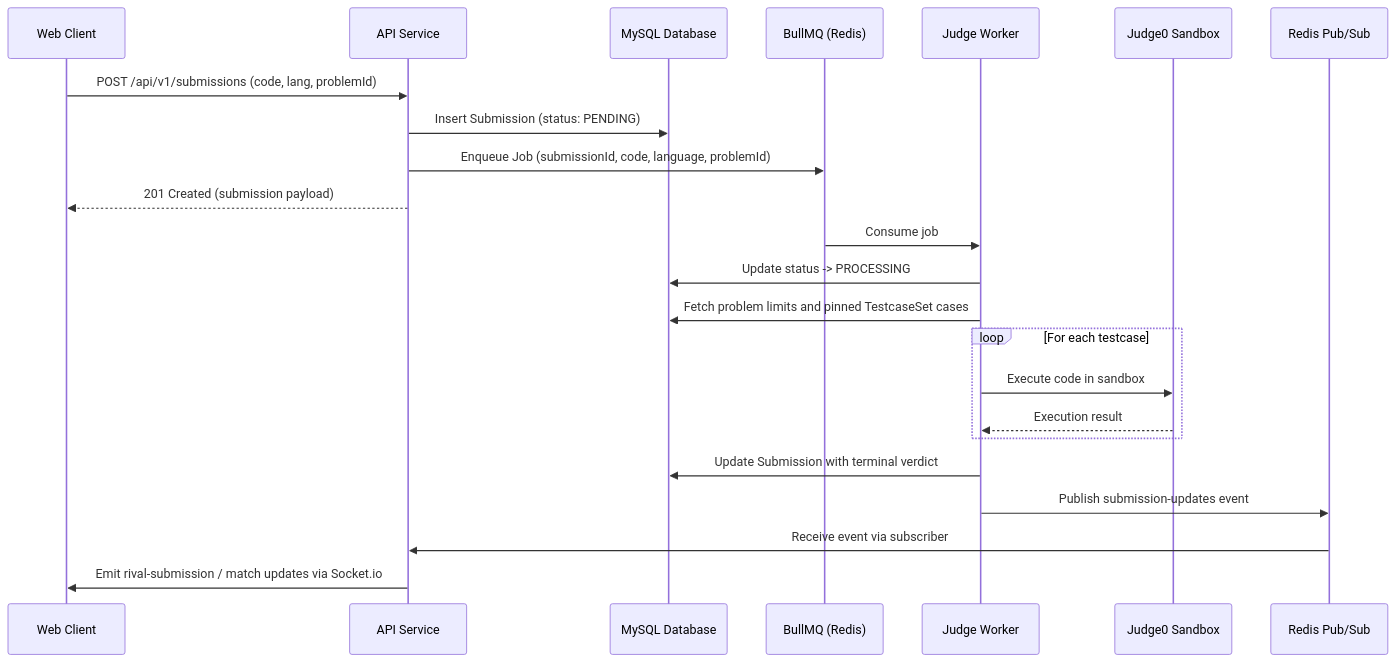
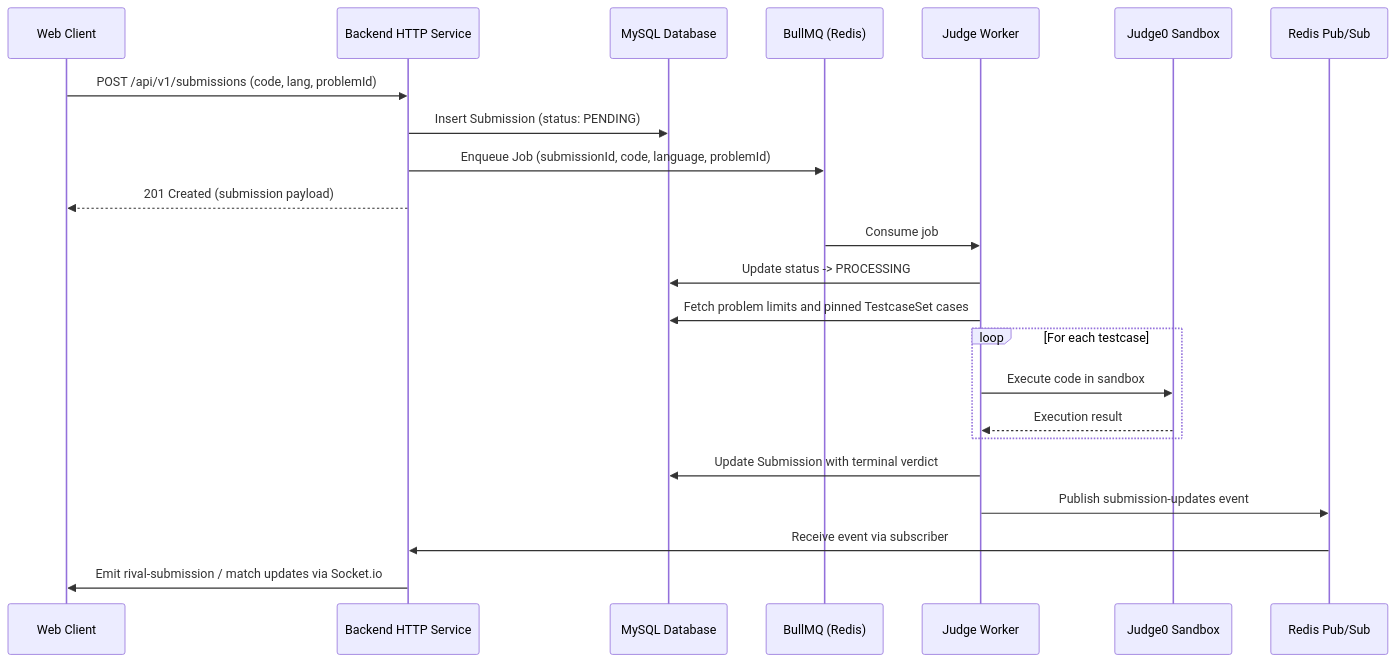
One commit to jack1e2401/fessior changed the diagram in docs/judging-pipeline.md. Above: the diagram before and after it, drawn with Mermaid. The commit also changed 20 other files, not shown here.

````diff
--- a/docs/judging-pipeline.md
+++ b/docs/judging-pipeline.md
@@ -11,27 +11,27 @@
 ```mermaid
 sequenceDiagram
   participant Client as Web Client
-  participant API as API Service
+  participant API as Backend HTTP Service
   participant MySQL as MySQL Database
   participant Queue as BullMQ (Redis)
   participant Worker as Judge Worker
   participant Judge0 as Judge0 Sandbox
   participant PubSub as Redis Pub/Sub
 
   Client->>API: POST /api/v1/submissions (code, lang, problemId)
   API->>MySQL: Insert Submission (status: PENDING)
   API->>Queue: Enqueue Job (submissionId, code, language, problemId)
   API-->>Client: 201 Created (submission payload)
 
   Queue->>Worker: Consume job
   Worker->>MySQL: Update status -> PROCESSING
   Worker->>MySQL: Fetch problem limits and pinned TestcaseSet cases
   loop For each testcase
     Worker->>Judge0: Execute code in sandbox
     Judge0-->>Worker: Execution result
   end
   Worker->>MySQL: Update Submission with terminal verdict
   Worker->>PubSub: Publish submission-updates event
   PubSub->>API: Receive event via subscriber
   API->>Client: Emit rival-submission / match updates via Socket.io
 ```
````
